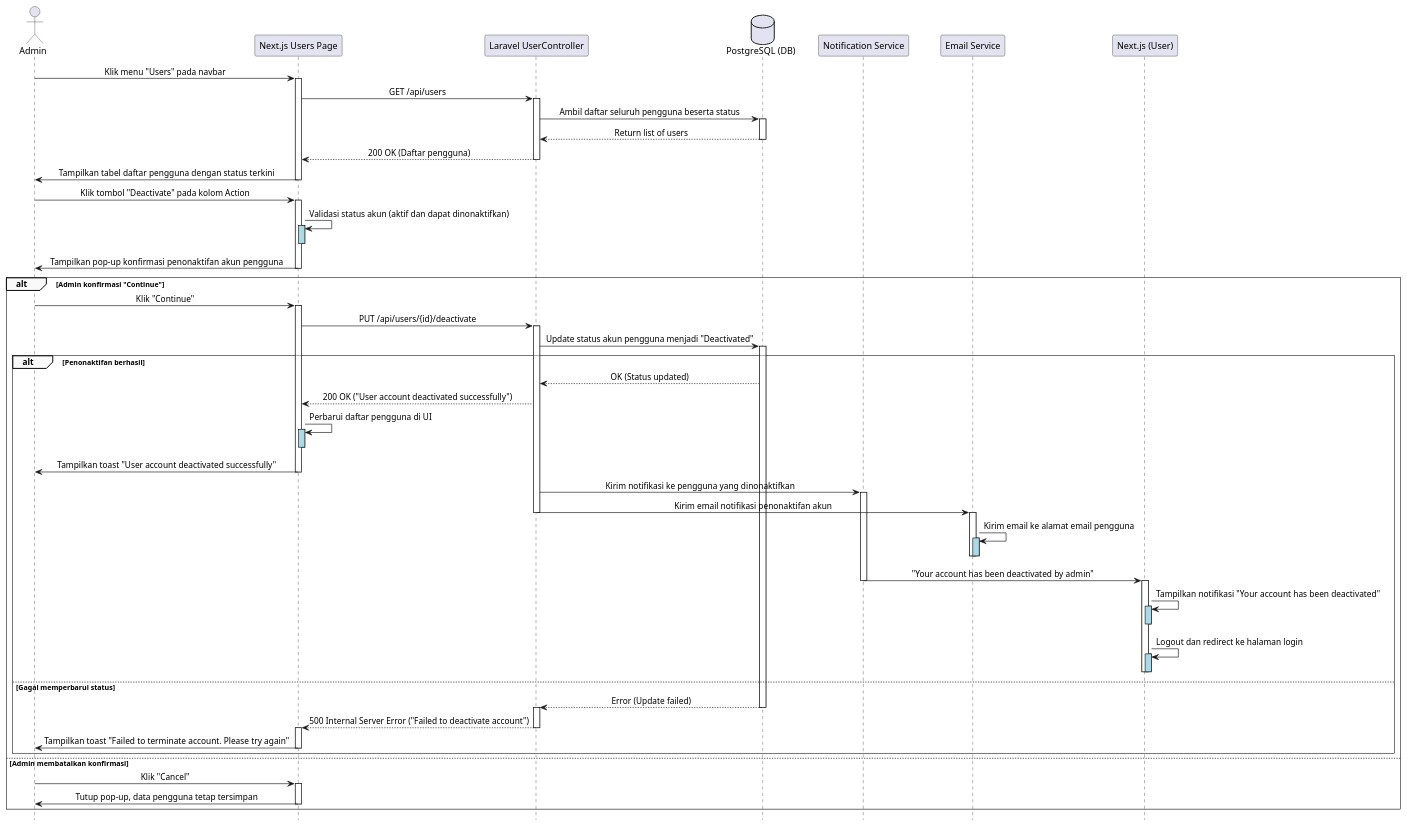
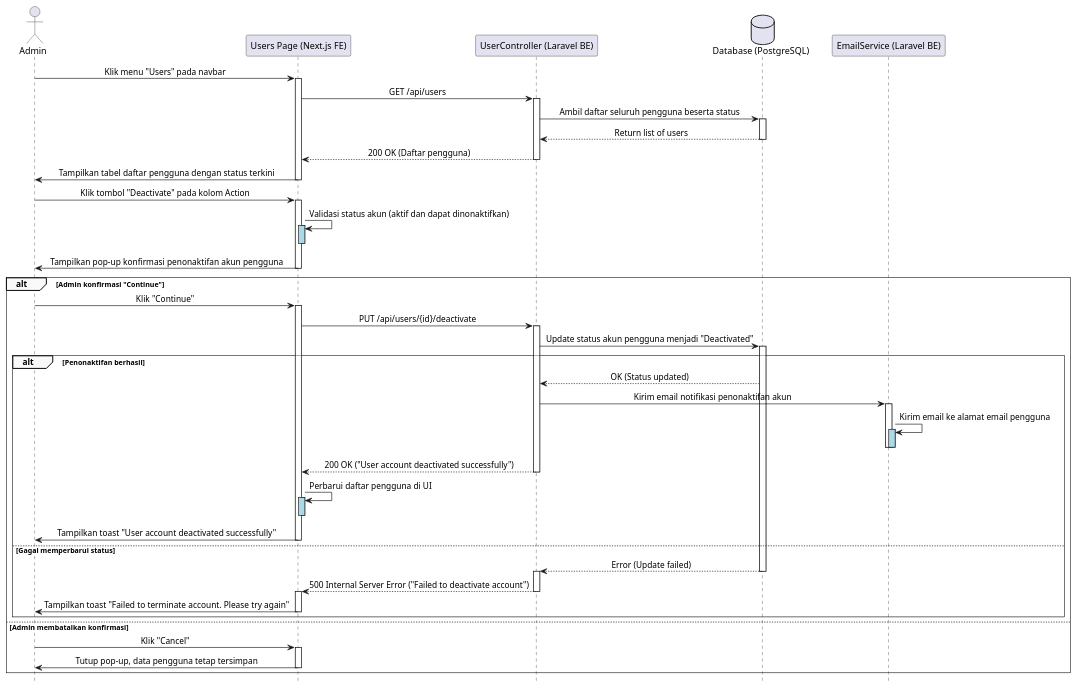
The diagram in MenonaktifkanAkun.plantuml (fadhel-rizanda/skripsi-plantuml), drawn with PlantUML before and after one commit. The commit also changed 30 other files, not shown here.

```diff
--- a/MenonaktifkanAkun.plantuml
+++ b/MenonaktifkanAkun.plantuml
@@ -1,109 +1,94 @@
 @startuml
 ' === Styling ===
 skinparam sequence {
     LifelineFooterStrategy none
     MessageAlign center
     ArrowThickness 1
     ParticipantPadding 20
     GroupBorderThickness 0.5
     GroupBackgroundColor #F9F9F9
 }
 hide footbox
 
 ' === Participants ===
 actor Admin
-participant "Next.js Users Page" as FE
-participant "Laravel UserController" as BE
-database "PostgreSQL (DB)" as DB
-participant "Notification Service" as NS
-participant "Email Service" as ES
-participant "Next.js (User)" as FE_User
+participant "Users Page (Next.js FE)" as FE
+participant "UserController (Laravel BE)" as BE
+database "Database (PostgreSQL)" as DB
+participant "EmailService (Laravel BE)" as ES
 
 ' === Akses Data Pengguna ===
     Admin -> FE: Klik menu "Users" pada navbar
     activate FE
     FE -> BE: GET /api/users
     activate BE
     BE -> DB: Ambil daftar seluruh pengguna beserta status
     activate DB
     DB --> BE: Return list of users
     deactivate DB
     BE --> FE: 200 OK (Daftar pengguna)
     deactivate BE
     FE -> Admin: Tampilkan tabel daftar pengguna dengan status terkini
     deactivate FE
 
 ' === Proses Penonaktifan Akun ===
     Admin -> FE: Klik tombol "Deactivate" pada kolom Action
     activate FE
 
     ' === Validasi di frontend ===
     FE -> FE: Validasi status akun (aktif dan dapat dinonaktifkan)
     activate FE #LightBlue
     deactivate FE #LightBlue
 
     FE -> Admin: Tampilkan pop-up konfirmasi penonaktifan akun pengguna
     deactivate FE
 
     alt Admin konfirmasi "Continue"
         Admin -> FE: Klik "Continue"
         activate FE
         FE -> BE: PUT /api/users/{id}/deactivate
         activate BE
         BE -> DB: Update status akun pengguna menjadi "Deactivated"
         activate DB
 
         alt Penonaktifan berhasil
             DB --> BE: OK (Status updated)
+            ' === Kirim notifikasi ke pengguna terkait ===
+            BE -> ES: Kirim email notifikasi penonaktifan akun
+            activate ES
+            ES -> ES: Kirim email ke alamat email pengguna
+            activate ES #LightBlue
+            deactivate ES #LightBlue
+            deactivate ES
+
             BE --> FE: 200 OK ("User account deactivated successfully")
+            deactivate BE
 
             FE -> FE: Perbarui daftar pengguna di UI
             activate FE #LightBlue
             deactivate FE #LightBlue
 
             FE -> Admin: Tampilkan toast "User account deactivated successfully"
             deactivate FE
 
-            ' === Kirim notifikasi ke pengguna terkait ===
-            BE -> NS: Kirim notifikasi ke pengguna yang dinonaktifkan
-            activate NS
-            BE -> ES: Kirim email notifikasi penonaktifan akun
-            deactivate BE
-            activate ES
-            ES -> ES: Kirim email ke alamat email pengguna
-            activate ES #LightBlue
-            deactivate ES #LightBlue
-            deactivate ES
 
-            NS -> FE_User: "Your account has been deactivated by admin"
-            deactivate NS
-
-
-            activate FE_User
-            FE_User -> FE_User: Tampilkan notifikasi "Your account has been deactivated"
-            activate FE_User #LightBlue
-            deactivate FE_User #LightBlue
-            FE_User -> FE_User: Logout dan redirect ke halaman login
-            activate FE_User #LightBlue
-            deactivate FE_User #LightBlue
-            deactivate FE_User
 
         else Gagal memperbarui status
             DB --> BE: Error (Update failed)
             deactivate DB
             activate BE
             BE --> FE: 500 Internal Server Error ("Failed to deactivate account")
             deactivate BE
             activate FE
             FE -> Admin: Tampilkan toast "Failed to terminate account. Please try again"
             deactivate FE
         end
 
     else Admin membatalkan konfirmasi
         Admin -> FE: Klik "Cancel"
         activate FE
         FE -> Admin: Tutup pop-up, data pengguna tetap tersimpan
         deactivate FE
     end
 
 @enduml
```
